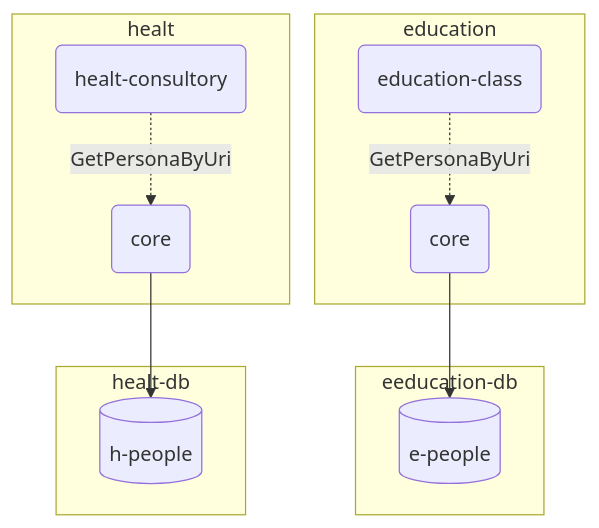
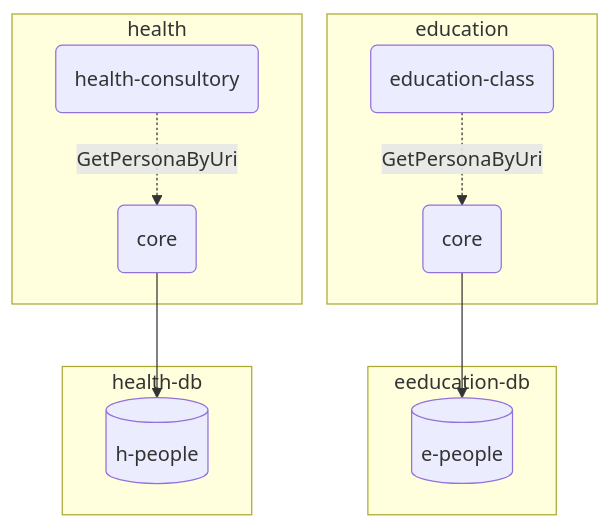
The first of 4 diagrams in README.md (anibalanto/people-multiproject), drawn with Mermaid before and after one commit. The commit also changed other lines of this file and 60 other files, not shown here.

````diff
--- a/README.md
+++ b/README.md
@@ -41,30 +41,30 @@
 ```mermaid
 graph TB
 %% Definición de subgráficos para organizar los componentes
 subgraph education
 e1(education-class)
 e2(core)
 end
 
 subgraph eeducation-db
 edb[(e-people)]
 end
 
-subgraph healt
-h1(healt-consultory)
+subgraph health
+h1(health-consultory)
 h2(core)
 end
 
-subgraph healt-db
+subgraph health-db
 hdb[(h-people)]
 end
 
 %% Relaciones entre componentes
 e1 -.GetPersonaByUri.-> e2
 e2 --> edb
 
 h1 -.GetPersonaByUri.-> h2
 h2 --> hdb
 
 
 ```
````
